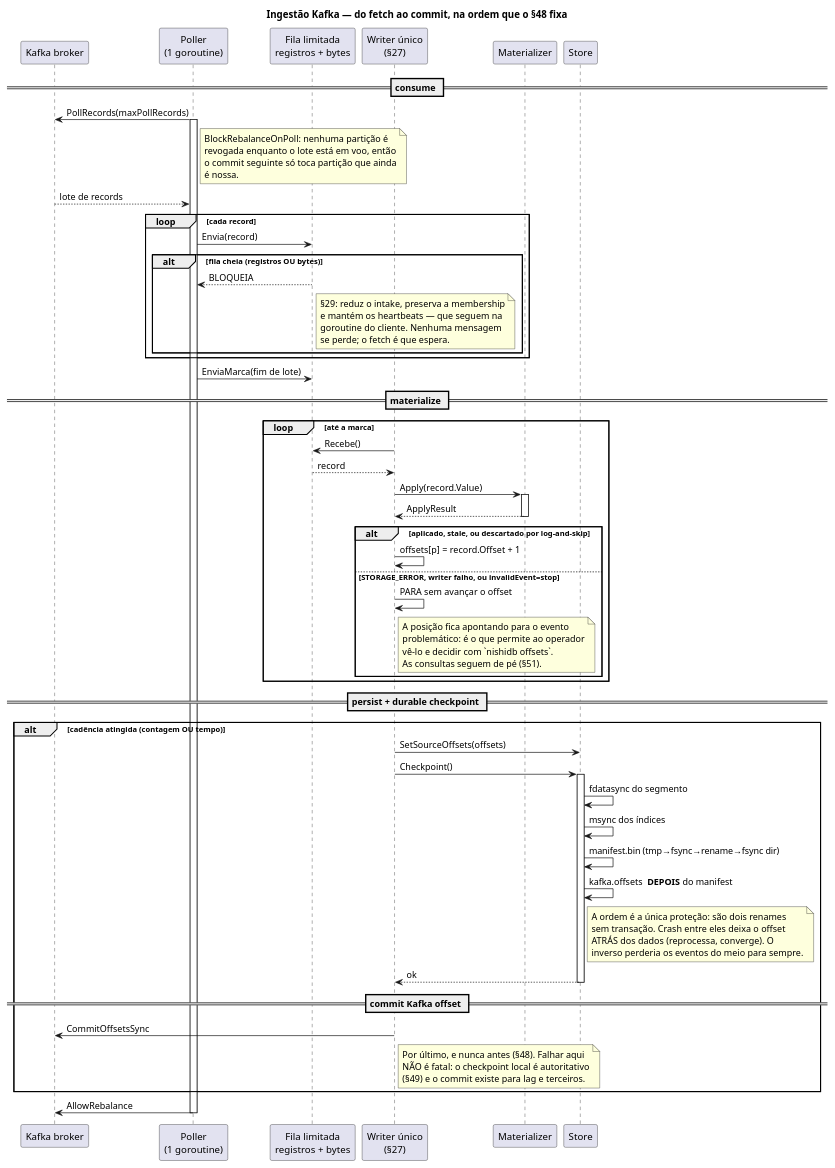
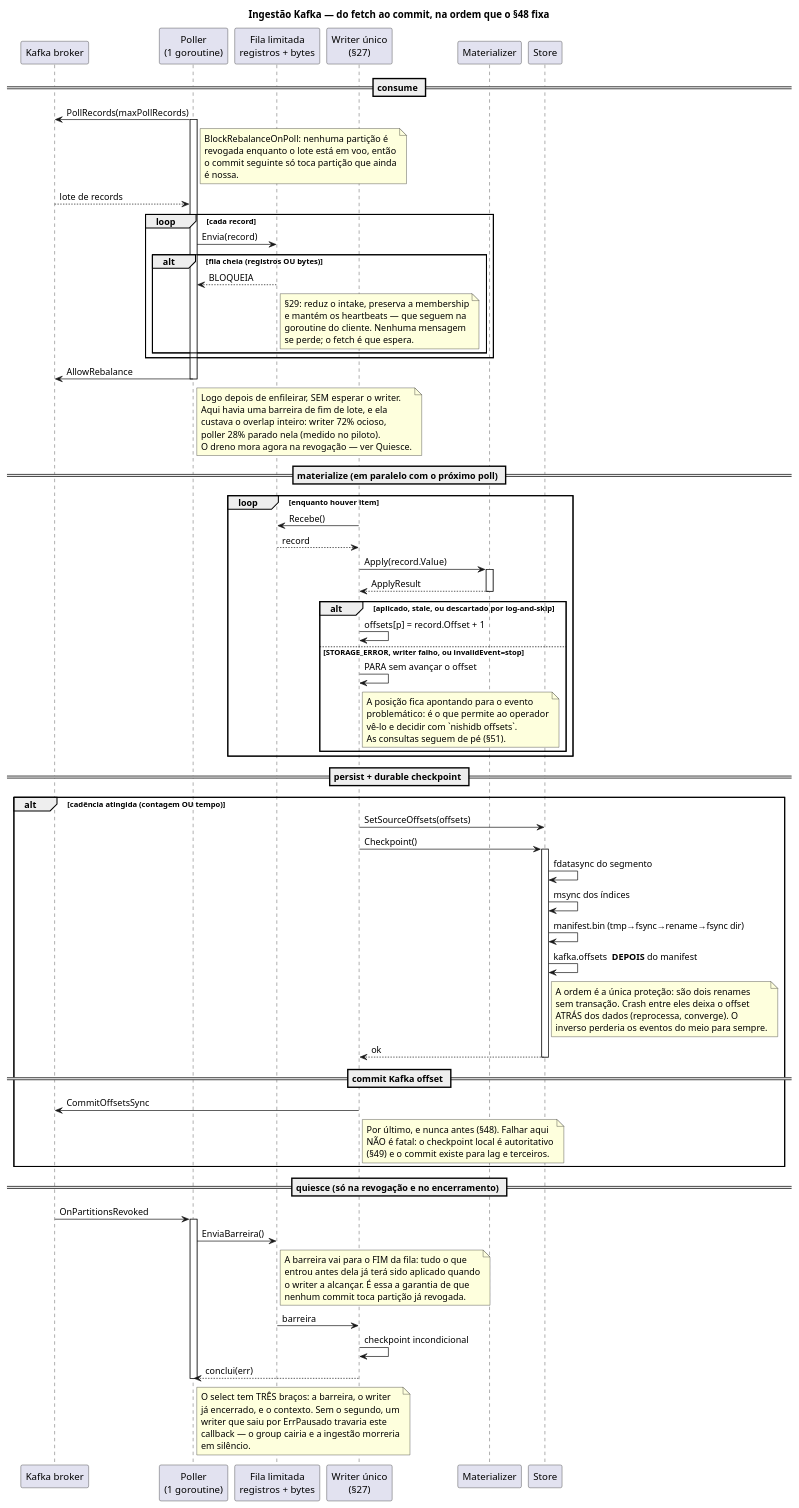
One commit to nishisan-dev/nishidb changed the diagram in docs/diagrams/kafka_pipeline.puml. Above: the diagram before and after it, drawn with PlantUML. The commit also changed 8 other files, not shown here.

```diff
--- a/docs/diagrams/kafka_pipeline.puml
+++ b/docs/diagrams/kafka_pipeline.puml
@@ -1,88 +1,115 @@
 @startuml kafka_pipeline
 title Ingestão Kafka — do fetch ao commit, na ordem que o §48 fixa
 
 participant "Kafka broker" as kafka
 participant "Poller\n(1 goroutine)" as poll
 participant "Fila limitada\nregistros + bytes" as fila
 participant "Writer único\n(§27)" as wr
 participant "Materializer" as mat
 participant "Store" as st
 
 == consume ==
 poll -> kafka : PollRecords(maxPollRecords)
 activate poll
 note right of poll
   BlockRebalanceOnPoll: nenhuma partição é
   revogada enquanto o lote está em voo, então
   o commit seguinte só toca partição que ainda
   é nossa.
 end note
 kafka --> poll : lote de records
 
 loop cada record
   poll -> fila : Envia(record)
   alt fila cheia (registros OU bytes)
     fila --> poll : BLOQUEIA
     note right of fila
       §29: reduz o intake, preserva a membership
       e mantém os heartbeats — que seguem na
       goroutine do cliente. Nenhuma mensagem
       se perde; o fetch é que espera.
     end note
   end
 end
-poll -> fila : EnviaMarca(fim de lote)
+poll -> kafka : AllowRebalance
+note right of poll
+  Logo depois de enfileirar, SEM esperar o writer.
+  Aqui havia uma barreira de fim de lote, e ela
+  custava o overlap inteiro: writer 72% ocioso,
+  poller 28% parado nela (medido no piloto).
+  O dreno mora agora na revogação — ver Quiesce.
+end note
+deactivate poll
 
-== materialize ==
-loop até a marca
+== materialize (em paralelo com o próximo poll) ==
+loop enquanto houver item
   wr -> fila : Recebe()
   fila --> wr : record
   wr -> mat : Apply(record.Value)
   activate mat
   mat --> wr : ApplyResult
   deactivate mat
 
   alt aplicado, stale, ou descartado por log-and-skip
     wr -> wr : offsets[p] = record.Offset + 1
   else STORAGE_ERROR, writer falho, ou invalidEvent=stop
     wr -> wr : PARA sem avançar o offset
     note right of wr
       A posição fica apontando para o evento
       problemático: é o que permite ao operador
       vê-lo e decidir com `nishidb offsets`.
       As consultas seguem de pé (§51).
     end note
   end
 end
 
 == persist + durable checkpoint ==
 alt cadência atingida (contagem OU tempo)
   wr -> st : SetSourceOffsets(offsets)
   wr -> st : Checkpoint()
   activate st
   st -> st : fdatasync do segmento
   st -> st : msync dos índices
   st -> st : manifest.bin (tmp→fsync→rename→fsync dir)
   st -> st : kafka.offsets  **DEPOIS** do manifest
   note right of st
     A ordem é a única proteção: são dois renames
     sem transação. Crash entre eles deixa o offset
     ATRÁS dos dados (reprocessa, converge). O
     inverso perderia os eventos do meio para sempre.
   end note
   st --> wr : ok
   deactivate st
 
   == commit Kafka offset ==
   wr -> kafka : CommitOffsetsSync
   note right of wr
     Por último, e nunca antes (§48). Falhar aqui
     NÃO é fatal: o checkpoint local é autoritativo
     (§49) e o commit existe para lag e terceiros.
   end note
 end
 
-poll -> kafka : AllowRebalance
+== quiesce (só na revogação e no encerramento) ==
+kafka -> poll : OnPartitionsRevoked
+activate poll
+poll -> fila : EnviaBarreira()
+note right of fila
+  A barreira vai para o FIM da fila: tudo o que
+  entrou antes dela já terá sido aplicado quando
+  o writer a alcançar. É essa a garantia de que
+  nenhum commit toca partição já revogada.
+end note
+fila -> wr : barreira
+wr -> wr : checkpoint incondicional
+wr --> poll : conclui(err)
+note right of poll
+  O select tem TRÊS braços: a barreira, o writer
+  já encerrado, e o contexto. Sem o segundo, um
+  writer que saiu por ErrPausado travaria este
+  callback — o group cairia e a ingestão morreria
+  em silêncio.
+end note
 deactivate poll
 
 @enduml
```
